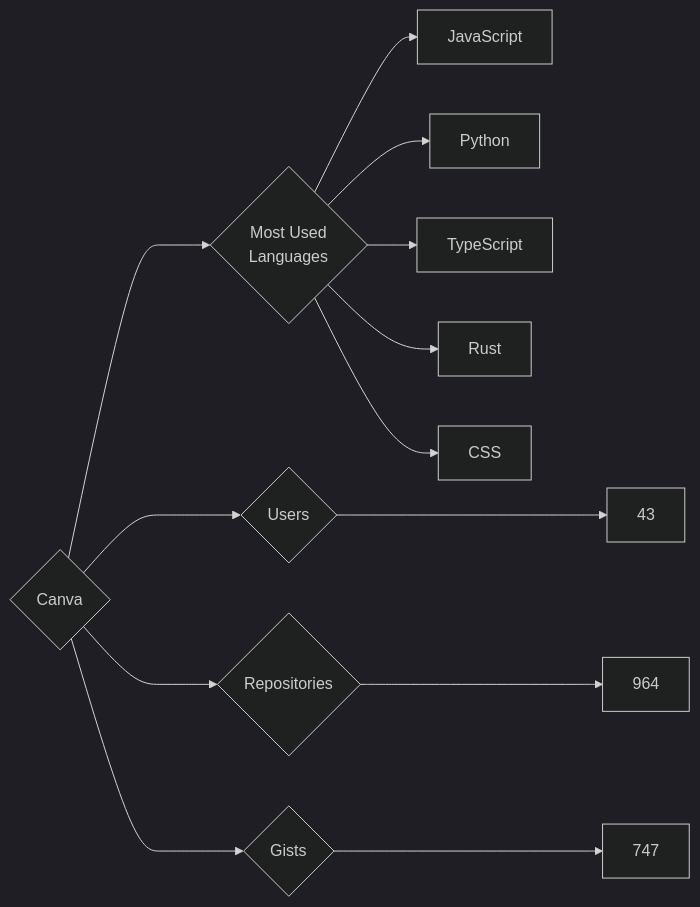
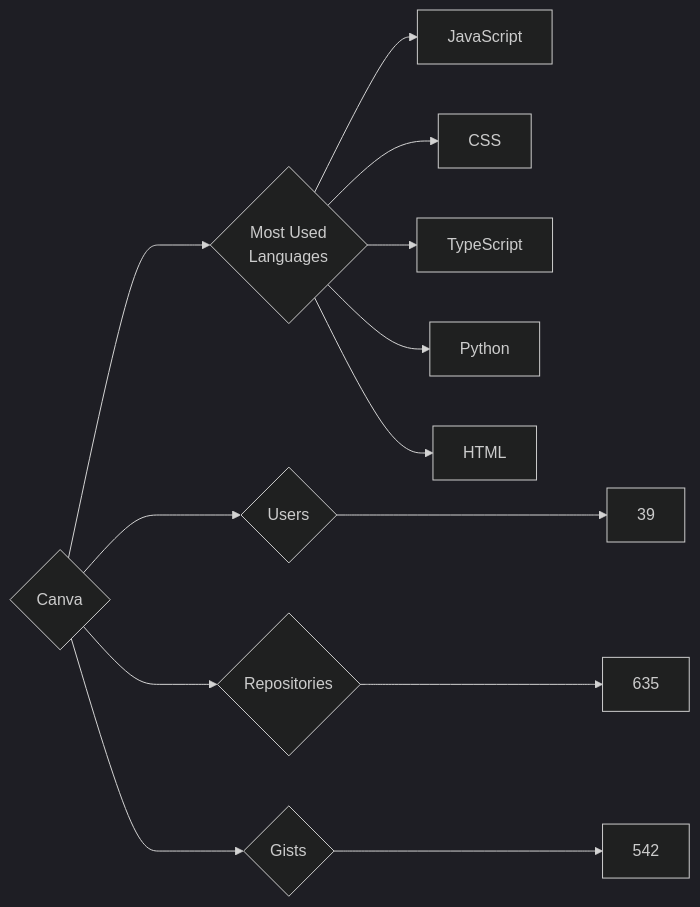
One commit to trickest/insiders changed the diagram in targets/Canva/README.md. Above: the diagram before and after it, drawn with Mermaid (dark theme). The commit also changed 594 other files, not shown here.

````diff
--- a/targets/Canva/README.md
+++ b/targets/Canva/README.md
@@ -3,13 +3,13 @@
 ```mermaid
 graph LR
 COMPANY_NAME{Canva}
-COMPANY_NAME ---> U{Users} ---> UN[43]
-COMPANY_NAME ---> R{Repositories} ---> RN[964]
-COMPANY_NAME ---> G{Gists} ---> GN[747]
+COMPANY_NAME ---> U{Users} ---> UN[39]
+COMPANY_NAME ---> R{Repositories} ---> RN[635]
+COMPANY_NAME ---> G{Gists} ---> GN[542]
 COMPANY_NAME ---> ML{Most Used<br>Languages}
 ML --> JavaScript[JavaScript]
+ML --> CSS[CSS]
+ML --> TypeScript[TypeScript]
 ML --> Python[Python]
-ML --> TypeScript[TypeScript]
-ML --> Rust[Rust]
-ML --> CSS[CSS]
+ML --> HTML[HTML]
 ```
````
